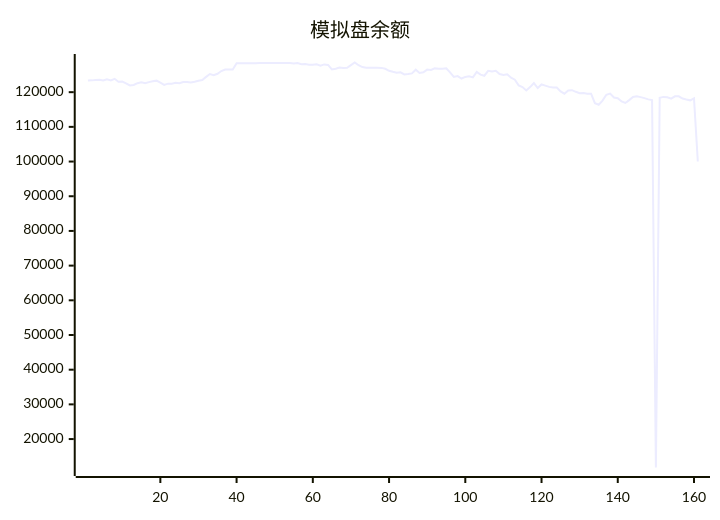
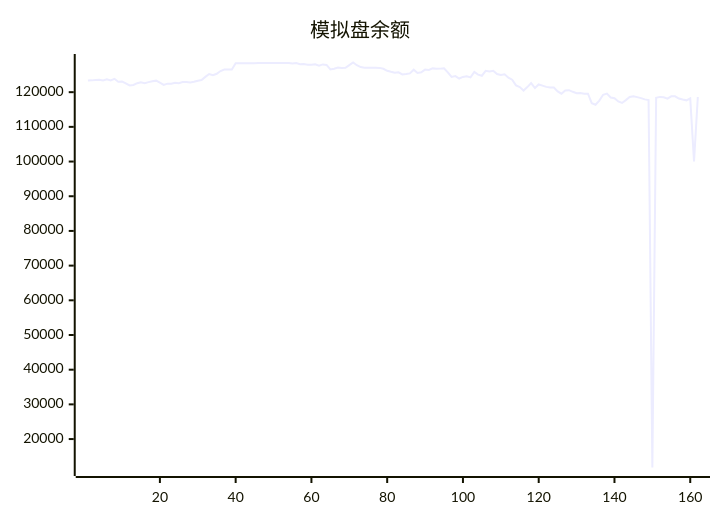
The diagram in README.md (aahl/ai-trading), drawn with Mermaid before and after one commit. The commit also changed other lines of this file and 1 other file, not shown here.

````diff
--- a/README.md
+++ b/README.md
@@ -5,5 +5,5 @@
 ```mermaid
 xychart
     title "模拟盘余额"
-    line [123338,123402,123530,123592,123378,123745,123413,123853,123009,123040,122557,121938,122095,122599,122856,122597,122898,123160,123319,122719,122087,122454,122416,122685,122592,122907,122961,122776,122981,123295,123507,124403,125224,124894,125303,126088,126544,126534,126549,128335,128318,128318,128318,128318,128318,128424,128424,128424,128424,128424,128424,128424,128424,128424,128247,128412,128062,128087,127917,127901,128026,127611,128000,127850,126572,126770,127100,126971,127029,127783,128554,127765,127224,127064,127044,127009,127025,127004,126738,126152,125871,125635,125707,125117,125217,125420,126480,125545,125715,126511,126424,126856,126764,126788,126890,125710,124381,124632,123936,124402,124574,124256,125833,125070,124739,126154,125966,126145,125213,124943,125143,124157,123604,121959,121476,120476,121470,122610,121201,122221,121889,121522,121332,121344,120232,119559,120513,120577,120108,119680,119777,119572,119568,116839,116392,117573,119250,119585,118469,118277,117338,116897,117706,118628,118849,118579,118280,117926,117735,11802,118373,118639,118544,118136,118798,118819,118162,117874,117649,118215,100000]
+    line [123338,123402,123530,123592,123378,123745,123413,123853,123009,123040,122557,121938,122095,122599,122856,122597,122898,123160,123319,122719,122087,122454,122416,122685,122592,122907,122961,122776,122981,123295,123507,124403,125224,124894,125303,126088,126544,126534,126549,128335,128318,128318,128318,128318,128318,128424,128424,128424,128424,128424,128424,128424,128424,128424,128247,128412,128062,128087,127917,127901,128026,127611,128000,127850,126572,126770,127100,126971,127029,127783,128554,127765,127224,127064,127044,127009,127025,127004,126738,126152,125871,125635,125707,125117,125217,125420,126480,125545,125715,126511,126424,126856,126764,126788,126890,125710,124381,124632,123936,124402,124574,124256,125833,125070,124739,126154,125966,126145,125213,124943,125143,124157,123604,121959,121476,120476,121470,122610,121201,122221,121889,121522,121332,121344,120232,119559,120513,120577,120108,119680,119777,119572,119568,116839,116392,117573,119250,119585,118469,118277,117338,116897,117706,118628,118849,118579,118280,117926,117735,11802,118373,118639,118544,118136,118798,118819,118162,117874,117649,118215,100000,118601]
 ```
````
